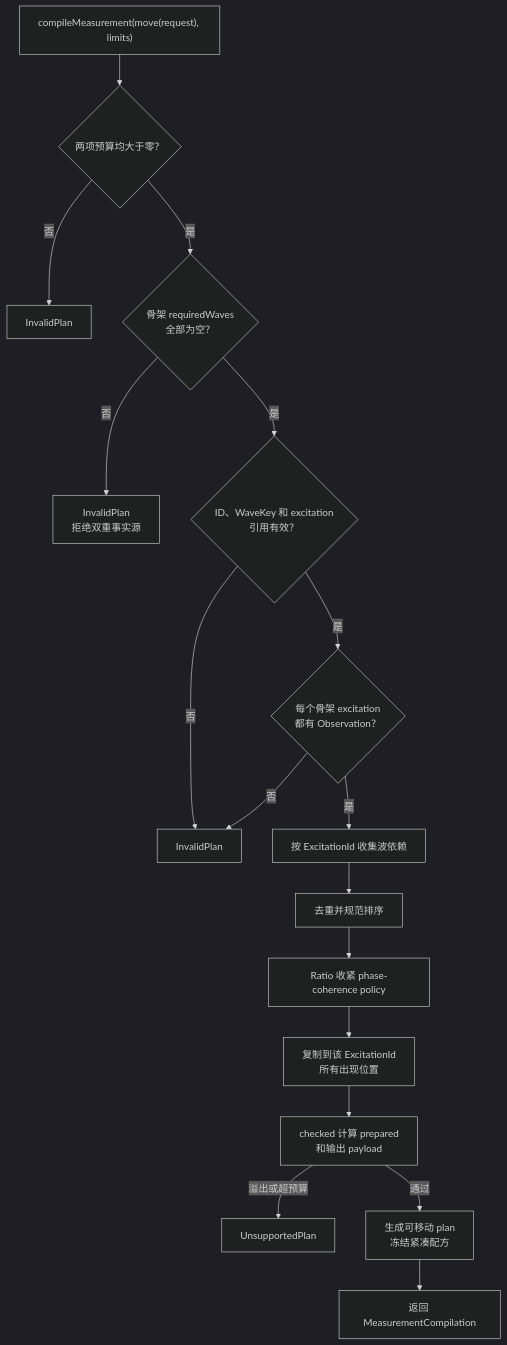
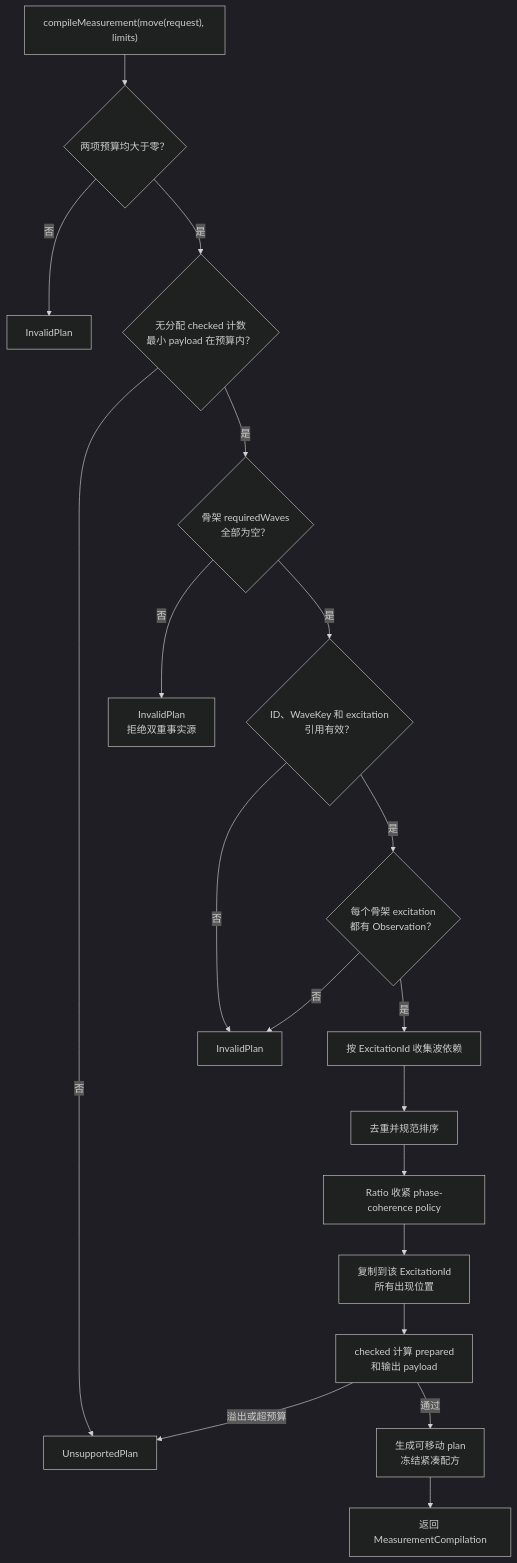
Before and after one commit to aniping/VnaPro: the fourth of 11 diagrams in docs/网络测量层软件设计.md, drawn with Mermaid (dark theme). The commit also changed other lines of this file and 25 other files, not shown here.

````diff
--- a/docs/网络测量层软件设计.md
+++ b/docs/网络测量层软件设计.md
@@ -443,19 +447,21 @@
 ```mermaid
 flowchart TD
     Start["compileMeasurement(move(request), limits)"] --> Limits{"两项预算均大于零？"}
     Limits -->|否| InvalidLimits["InvalidPlan"]
-    Limits -->|是| EmptyWaves{"骨架 requiredWaves<br/>全部为空？"}
+    Limits -->|是| Preflight{"无分配 checked 计数<br/>最小 payload 在预算内？"}
+    Preflight -->|否| OverBudget
+    Preflight -->|是| EmptyWaves{"骨架 requiredWaves<br/>全部为空？"}
     EmptyWaves -->|否| InvalidTemplate["InvalidPlan<br/>拒绝双重事实源"]
     EmptyWaves -->|是| Definitions{"ID、WaveKey 和 excitation<br/>引用有效？"}
     Definitions -->|否| InvalidDefinition["InvalidPlan"]
     Definitions -->|是| Used{"每个骨架 excitation<br/>都有 Observation？"}
     Used -->|否| InvalidDefinition
     Used -->|是| Collect["按 ExcitationId 收集波依赖"]
     Collect --> Canonical["去重并规范排序"]
     Canonical --> Policy["Ratio 收紧 phase-coherence policy"]
     Policy --> Inject["复制到该 ExcitationId<br/>所有出现位置"]
     Inject --> Budget["checked 计算 prepared<br/>和输出 payload"]
     Budget -->|溢出或超预算| OverBudget["UnsupportedPlan"]
     Budget -->|通过| Freeze["生成可移动 plan<br/>冻结紧凑配方"]
     Freeze --> Success["返回 MeasurementCompilation"]
 ```
````
